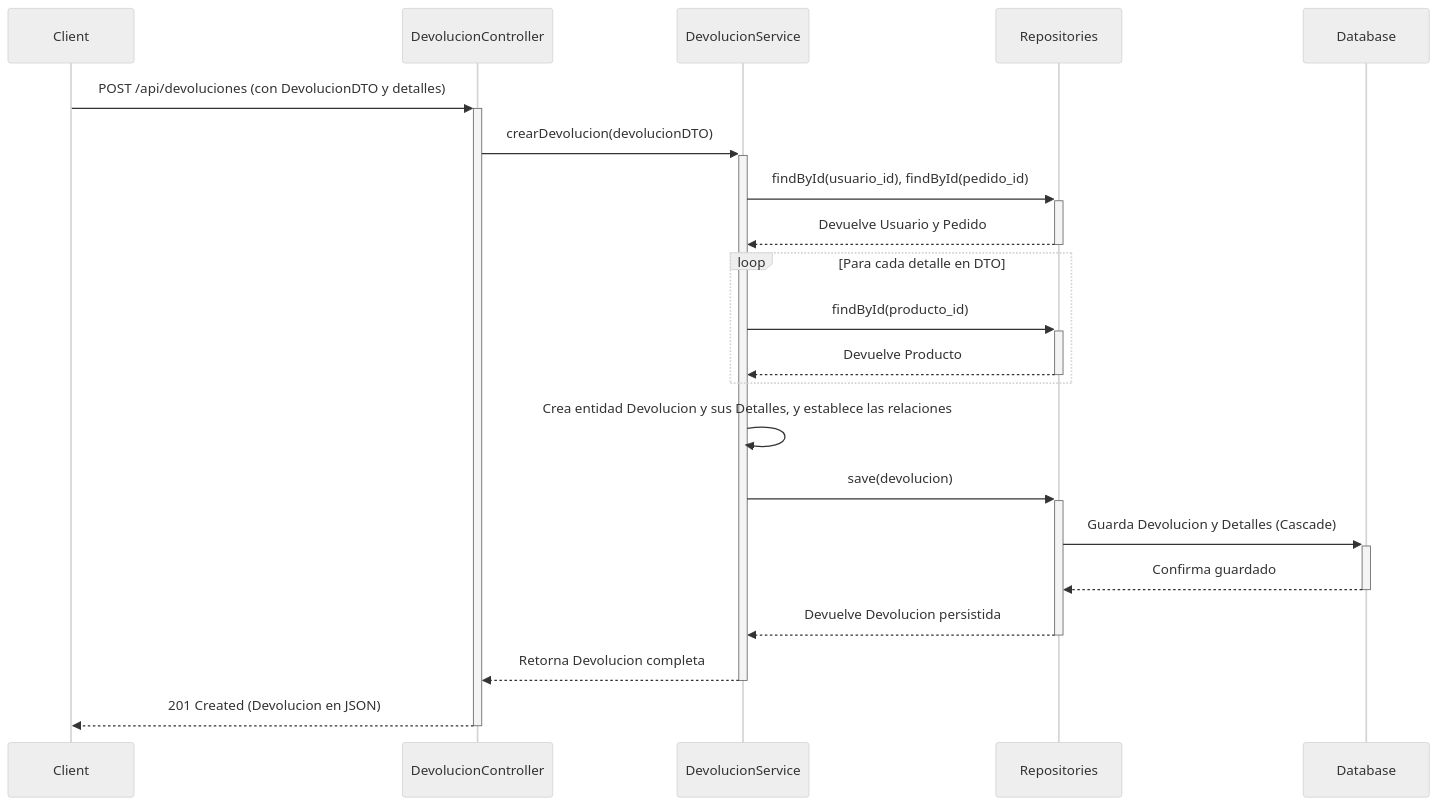
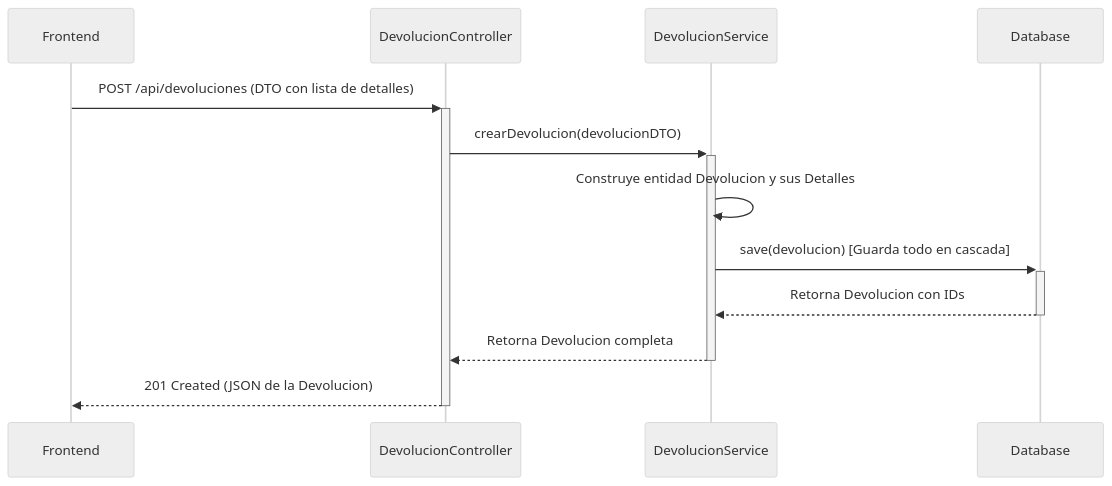
One commit to Auditoria-Informatica-Mainter/back-Mainter changed the first of 4 diagrams in BackendProject/src/notas_devoluciones.md. Above: the diagram before and after it, drawn with Mermaid (neutral theme). The commit also changed other lines of this file and 6 other files, not shown here.

````diff
--- a/BackendProject/src/notas_devoluciones.md
+++ b/BackendProject/src/notas_devoluciones.md
@@ -29,24 +59,15 @@
 ```mermaid
 sequenceDiagram
-    participant Client
+    participant Frontend
     participant DevolucionController
     participant DevolucionService
-    participant Repositories
     participant Database
 
-    Client->>+DevolucionController: POST /api/devoluciones (con DevolucionDTO y detalles)
+    Frontend->>+DevolucionController: POST /api/devoluciones (DTO con lista de detalles)
     DevolucionController->>+DevolucionService: crearDevolucion(devolucionDTO)
-    DevolucionService->>+Repositories: findById(usuario_id), findById(pedido_id)
-    Repositories-->>-DevolucionService: Devuelve Usuario y Pedido
-    loop Para cada detalle en DTO
-        DevolucionService->>+Repositories: findById(producto_id)
-        Repositories-->>-DevolucionService: Devuelve Producto
-    end
-    DevolucionService->>DevolucionService: Crea entidad Devolucion y sus Detalles, y establece las relaciones
-    DevolucionService->>+Repositories: save(devolucion)
-    Repositories->>+Database: Guarda Devolucion y Detalles (Cascade)
-    Database-->>-Repositories: Confirma guardado
-    Repositories-->>-DevolucionService: Devuelve Devolucion persistida
+    DevolucionService->>DevolucionService: Construye entidad Devolucion y sus Detalles
+    DevolucionService->>+Database: save(devolucion) [Guarda todo en cascada]
+    Database-->>-DevolucionService: Retorna Devolucion con IDs
     DevolucionService-->>-DevolucionController: Retorna Devolucion completa
-    DevolucionController-->>-Client: 201 Created (Devolucion en JSON)
+    DevolucionController-->>-Frontend: 201 Created (JSON de la Devolucion)
 ```
````
